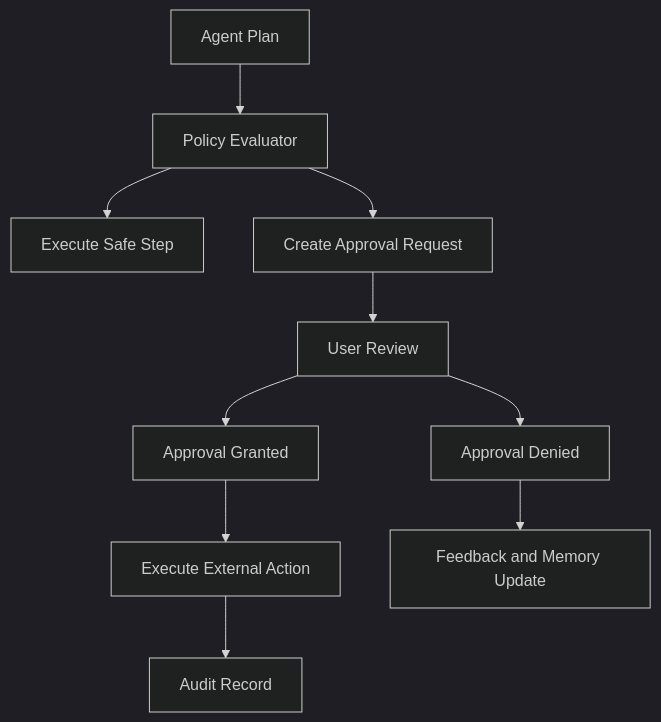
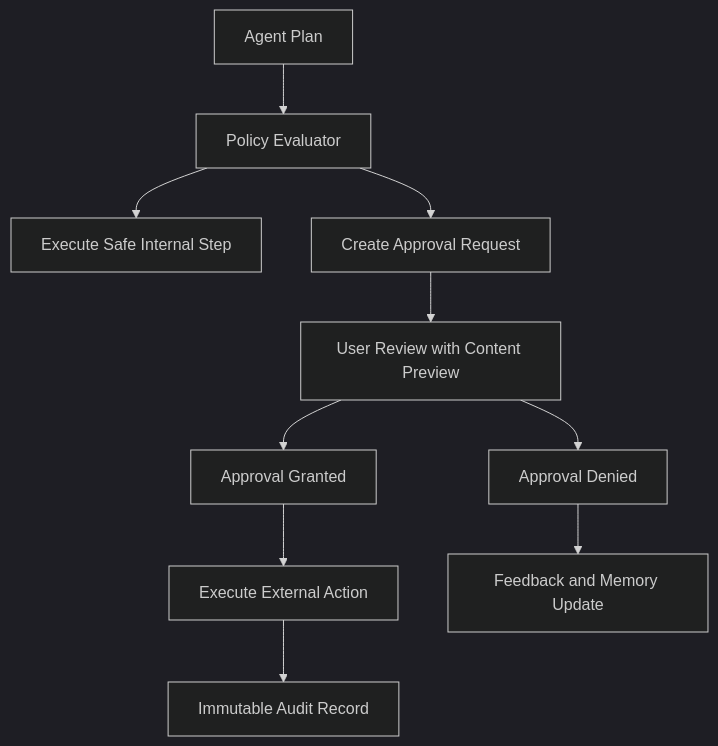
Before and after one commit to Mirzzie/Fadi: the diagram in docs/AI_SAFETY_AND_APPROVAL_SYSTEM.md, drawn with Mermaid (dark theme). The commit also changed other lines of this file and 65 other files, not shown here.

First line of the commit message:
docs: update architecture docs for Better Auth, Kai, and data sources

````diff
--- a/docs/AI_SAFETY_AND_APPROVAL_SYSTEM.md
+++ b/docs/AI_SAFETY_AND_APPROVAL_SYSTEM.md
@@ -23,12 +39,12 @@
 ```mermaid
 flowchart TD
     Plan[Agent Plan] --> Policy[Policy Evaluator]
-    Policy --> LowRisk[Execute Safe Step]
+    Policy --> LowRisk[Execute Safe Internal Step]
     Policy --> Approval[Create Approval Request]
-    Approval --> User[User Review]
+    Approval --> User[User Review with Content Preview]
     User --> Granted[Approval Granted]
     User --> Denied[Approval Denied]
     Granted --> Execute[Execute External Action]
-    Execute --> Audit[Audit Record]
+    Execute --> Audit[Immutable Audit Record]
     Denied --> Learn[Feedback and Memory Update]
 ```
````
